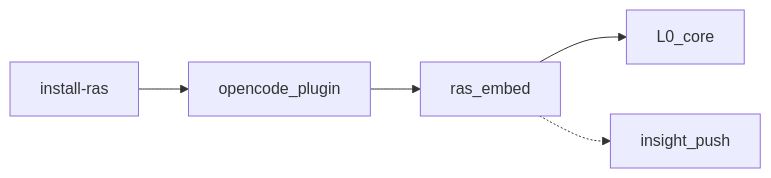
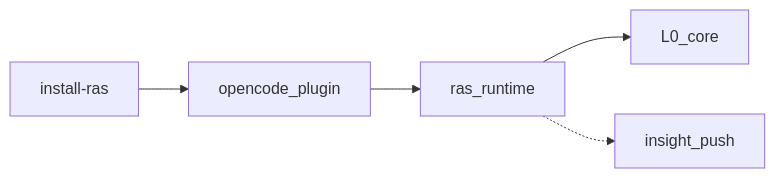
One commit to openeuler-mirror/agent-insight changed the diagram in docs/agent-ras/guides/platform-opencode.md. Above: the diagram before and after it, drawn with Mermaid. The commit also changed other lines of this file and 18 other files, not shown here.

First line of the commit message:
docs(ras): 同步分层搬家与 ras_runtime 更名后的文档引用

````diff
--- a/docs/agent-ras/guides/platform-opencode.md
+++ b/docs/agent-ras/guides/platform-opencode.md
@@ -7,7 +7,7 @@
 ```mermaid
 flowchart LR
   Install[install-ras] --> Plugin[opencode_plugin]
-  Plugin --> Embed[ras_embed]
+  Plugin --> Embed[ras_runtime]
   Embed --> Core[L0_core]
   Embed -.-> Insight[insight_push]
 ```
````
